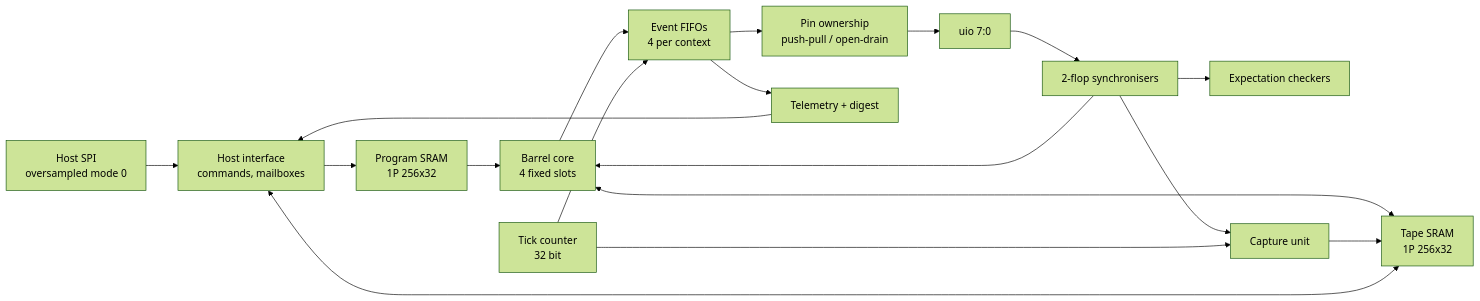
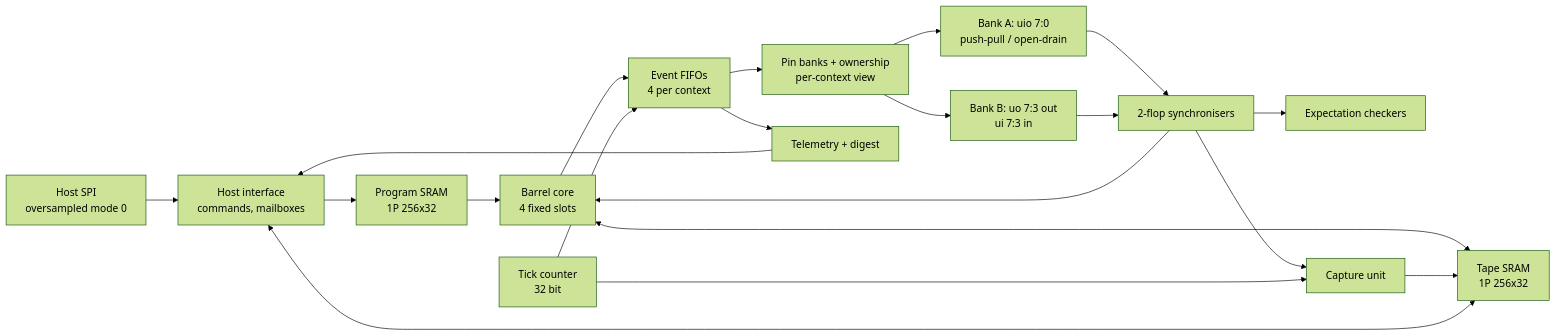
Before and after one commit to parthDOOM/escapement: the diagram in docs/01-ARCHITECTURE.md, drawn with Mermaid (forest theme). The commit also changed other lines of this file and 41 other files, not shown here.

First line of the commit message:
v1.2: pin bank B, five split pins on the idle ui_in[7:3] / uo_out[7:3]

````diff
--- a/docs/01-ARCHITECTURE.md
+++ b/docs/01-ARCHITECTURE.md
@@ -11,20 +11,22 @@
 ```mermaid
 flowchart LR
     Host[Host SPI<br/>oversampled mode 0] --> HI[Host interface<br/>commands, mailboxes]
     HI --> IMEM[Program SRAM<br/>1P 256x32]
     IMEM --> Core[Barrel core<br/>4 fixed slots]
     Core --> Q[Event FIFOs<br/>4 per context]
     Time[Tick counter<br/>32 bit] --> Q
-    Q --> Own[Pin ownership<br/>push-pull / open-drain]
-    Own --> Pins[uio 7:0]
+    Q --> Own[Pin banks + ownership<br/>per-context view]
+    Own --> Pins[Bank A: uio 7:0<br/>push-pull / open-drain]
+    Own --> PinsB[Bank B: uo 7:3 out<br/>ui 7:3 in]
     Pins --> Sync[2-flop synchronisers]
+    PinsB --> Sync
     Sync --> Core
     Sync --> Chk[Expectation checkers]
     Sync --> Cap[Capture unit]
     Time --> Cap
     Core <--> Tape[Tape SRAM<br/>1P 256x32]
     Cap --> Tape
     HI <--> Tape
     Q --> Tel[Telemetry + digest]
     Tel --> HI
 ```
````
